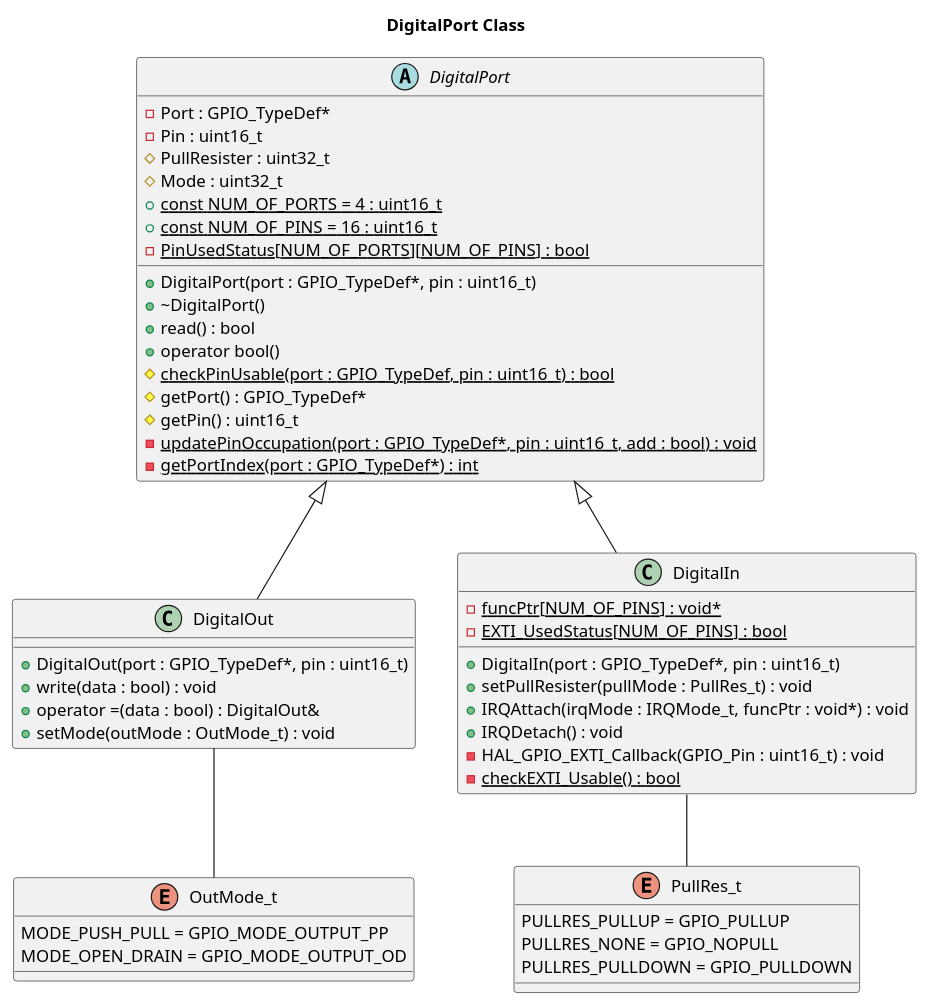
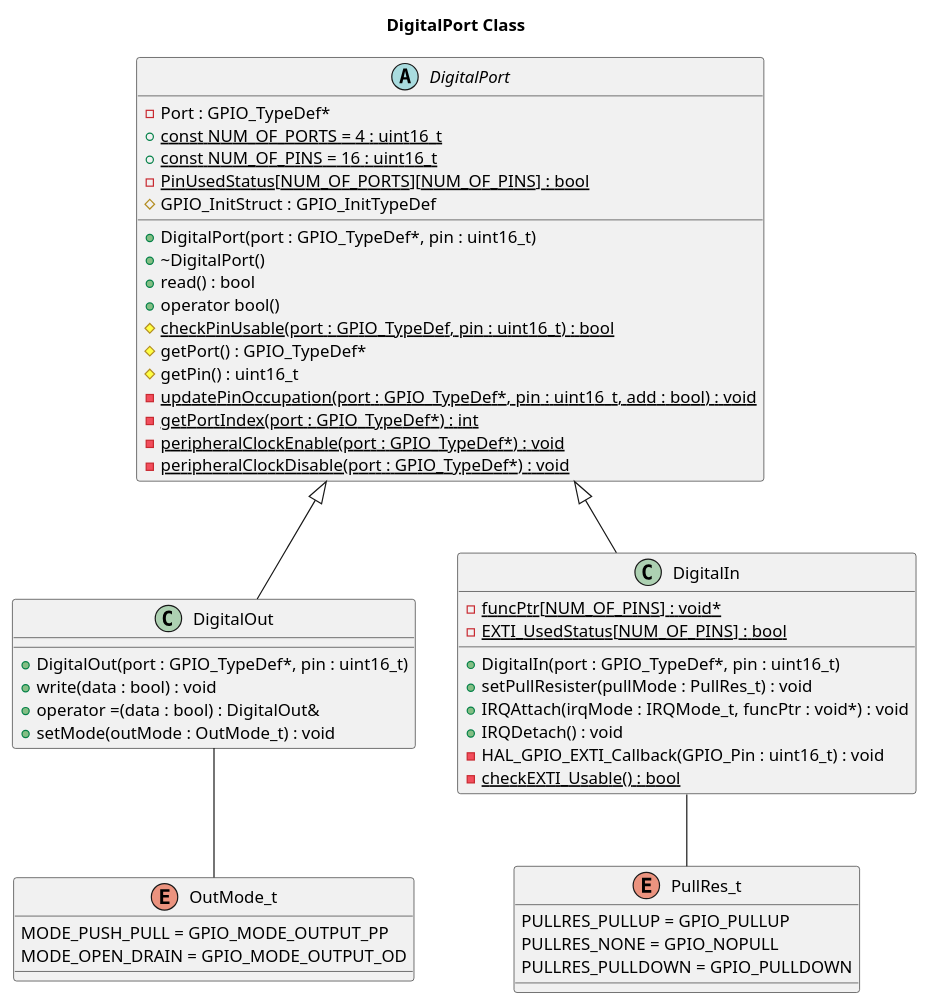
Before and after one commit to TabletennisScoreCounter/firmwareDocumentations: the diagram in UML/class/PeripheralDrivers/DigitalPort/DigitalPort.plantuml, drawn with PlantUML.

Commit message:
DigitalPortクラス作成続き(未完成)

```diff
--- a/UML/class/PeripheralDrivers/DigitalPort/DigitalPort.plantuml
+++ b/UML/class/PeripheralDrivers/DigitalPort/DigitalPort.plantuml
@@ -1,55 +1,58 @@
 @startuml
 
 title DigitalPort Class
 
 abstract "DigitalPort" as AbstractDigitalPort{
   +DigitalPort(port : GPIO_TypeDef*, pin : uint16_t)
   +~DigitalPort()
   -Port : GPIO_TypeDef*
-  -Pin : uint16_t
-  #PullResister : uint32_t
-  #Mode : uint32_t
+  ''-Pin : uint16_t
+  ''#PullResister : uint32_t
+  ''#Mode : uint32_t
   +{static}const NUM_OF_PORTS = 4 : uint16_t
   +{static}const NUM_OF_PINS = 16 : uint16_t
   -{static}PinUsedStatus[NUM_OF_PORTS][NUM_OF_PINS] : bool
   +read() : bool
   +operator bool()
   #{static}checkPinUsable(port : GPIO_TypeDef, pin : uint16_t) : bool
   #getPort() : GPIO_TypeDef*
   #getPin() : uint16_t
   -{static}updatePinOccupation(port : GPIO_TypeDef*, pin : uint16_t, add : bool) : void
   -{static}getPortIndex(port : GPIO_TypeDef*) : int
+  -{static}peripheralClockEnable(port : GPIO_TypeDef*) : void
+  -{static}peripheralClockDisable(port : GPIO_TypeDef*) : void
+  #GPIO_InitStruct : GPIO_InitTypeDef
 }
 
 class "DigitalOut" as ClassDigitalOut{
   +DigitalOut(port : GPIO_TypeDef*, pin : uint16_t)
   +write(data : bool) : void
   +operator =(data : bool) : DigitalOut&
   +setMode(outMode : OutMode_t) : void
 }
 enum "OutMode_t" as EnumOutMode_t{
   MODE_PUSH_PULL = GPIO_MODE_OUTPUT_PP
   MODE_OPEN_DRAIN = GPIO_MODE_OUTPUT_OD
 }
 ClassDigitalOut -- EnumOutMode_t
 
 class "DigitalIn" as ClassDigitalIn{
   +DigitalIn(port : GPIO_TypeDef*, pin : uint16_t)
   +setPullResister(pullMode : PullRes_t) : void
   +IRQAttach(irqMode : IRQMode_t, funcPtr : void*) : void
   +IRQDetach() : void
   -{static}funcPtr[NUM_OF_PINS] : void*
   -HAL_GPIO_EXTI_Callback(GPIO_Pin : uint16_t) : void
   -{static}EXTI_UsedStatus[NUM_OF_PINS] : bool
   -{static}checkEXTI_Usable() : bool
 }
 enum "PullRes_t" as EnumPullReg_t{
   PULLRES_PULLUP = GPIO_PULLUP
   PULLRES_NONE = GPIO_NOPULL
   PULLRES_PULLDOWN = GPIO_PULLDOWN
 }
 ClassDigitalIn -- EnumPullReg_t
 
 AbstractDigitalPort <|-- ClassDigitalOut
 AbstractDigitalPort <|-- ClassDigitalIn
 @enduml
```
